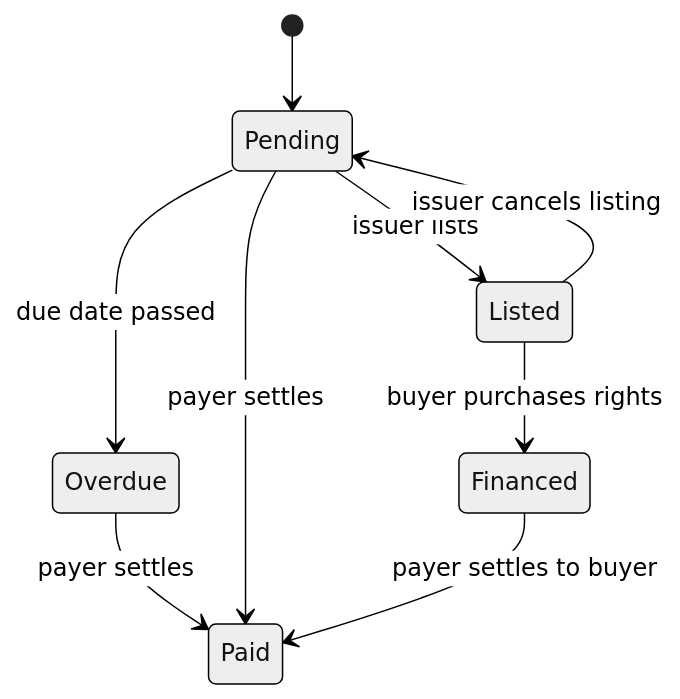
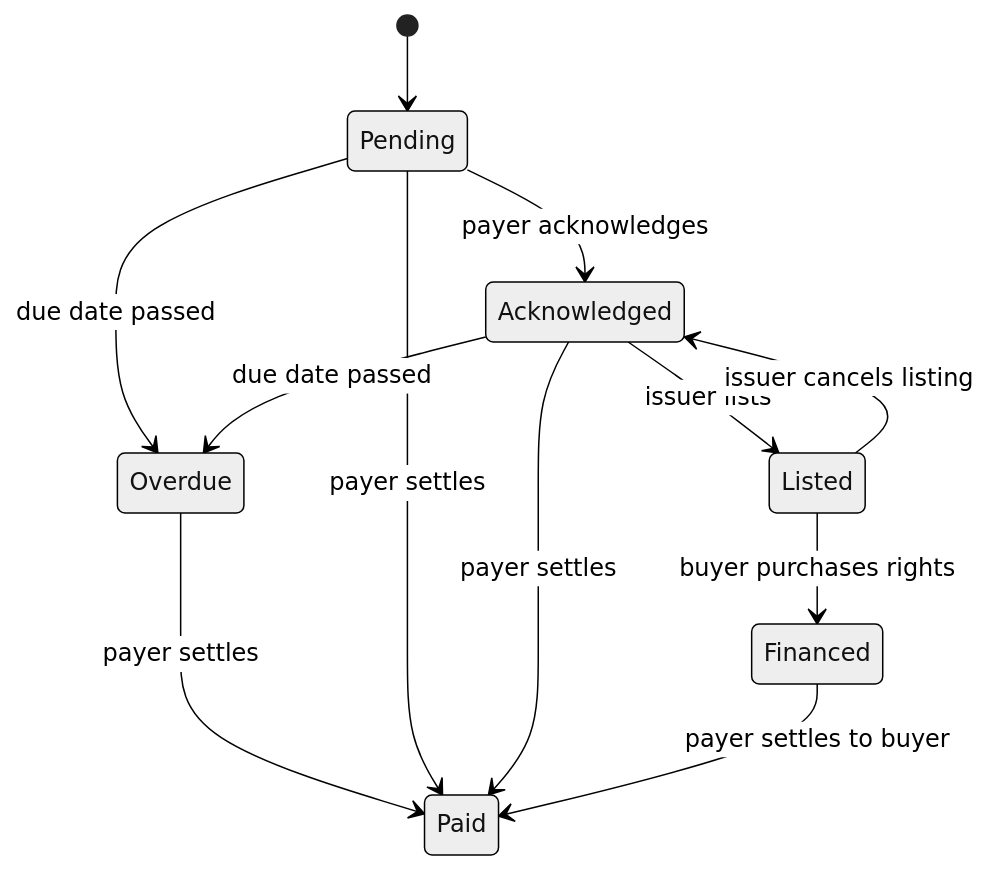
One commit to HarshMakadiya/invonft-sui-receivables changed the third of 4 diagrams in SYSTEM_DESIGN.md. Above: the diagram before and after it, drawn with Mermaid (neutral theme). The commit also changed other lines of this file and 11 other files, not shown here.

````diff
--- a/SYSTEM_DESIGN.md
+++ b/SYSTEM_DESIGN.md
@@ -132,11 +143,14 @@
 ```mermaid
 stateDiagram-v2
   [*] --> Pending
-  Pending --> Listed: issuer lists
+  Pending --> Acknowledged: payer acknowledges
+  Acknowledged --> Listed: issuer lists
   Listed --> Financed: buyer purchases rights
-  Listed --> Pending: issuer cancels listing
+  Listed --> Acknowledged: issuer cancels listing
   Pending --> Overdue: due date passed
+  Acknowledged --> Overdue: due date passed
   Overdue --> Paid: payer settles
   Pending --> Paid: payer settles
+  Acknowledged --> Paid: payer settles
   Financed --> Paid: payer settles to buyer
 ```
````
